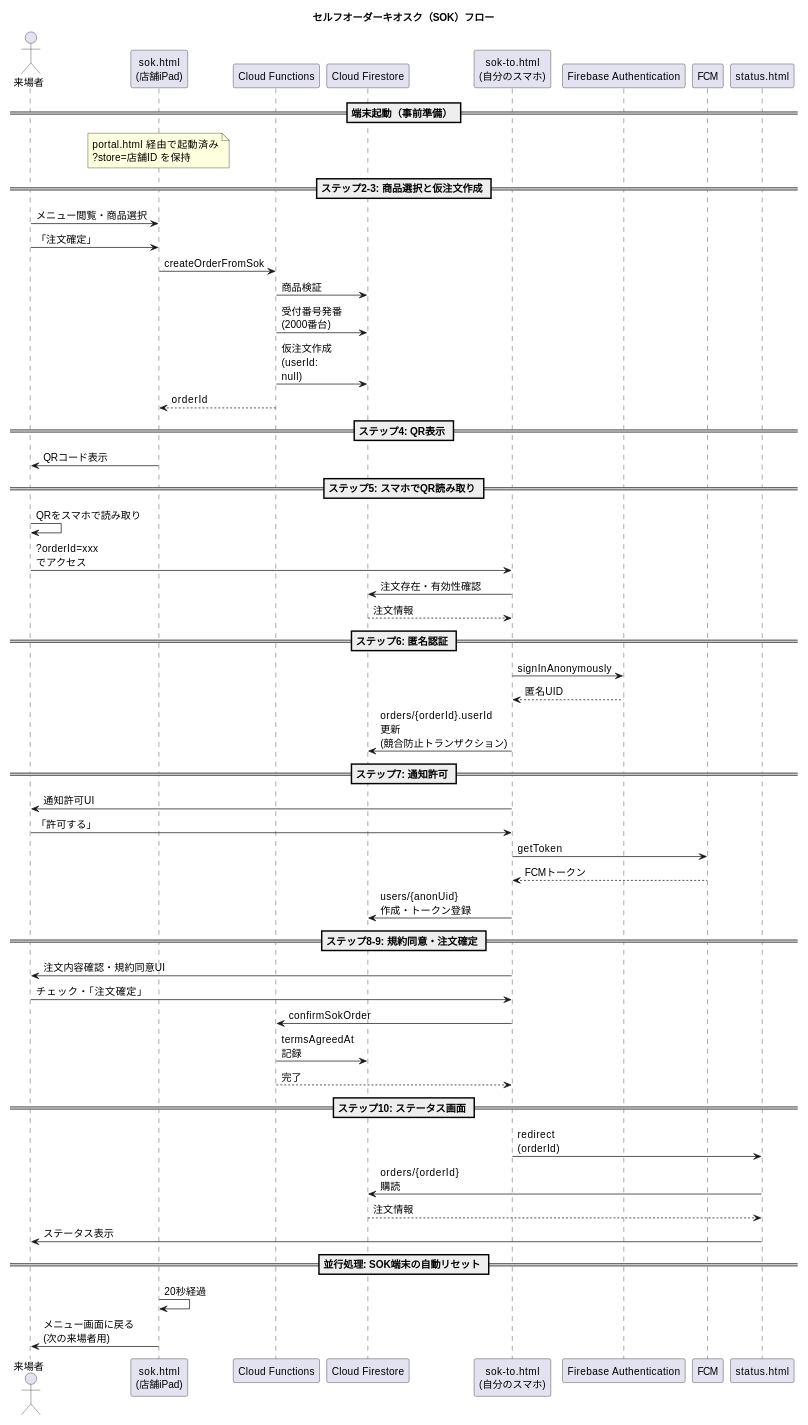
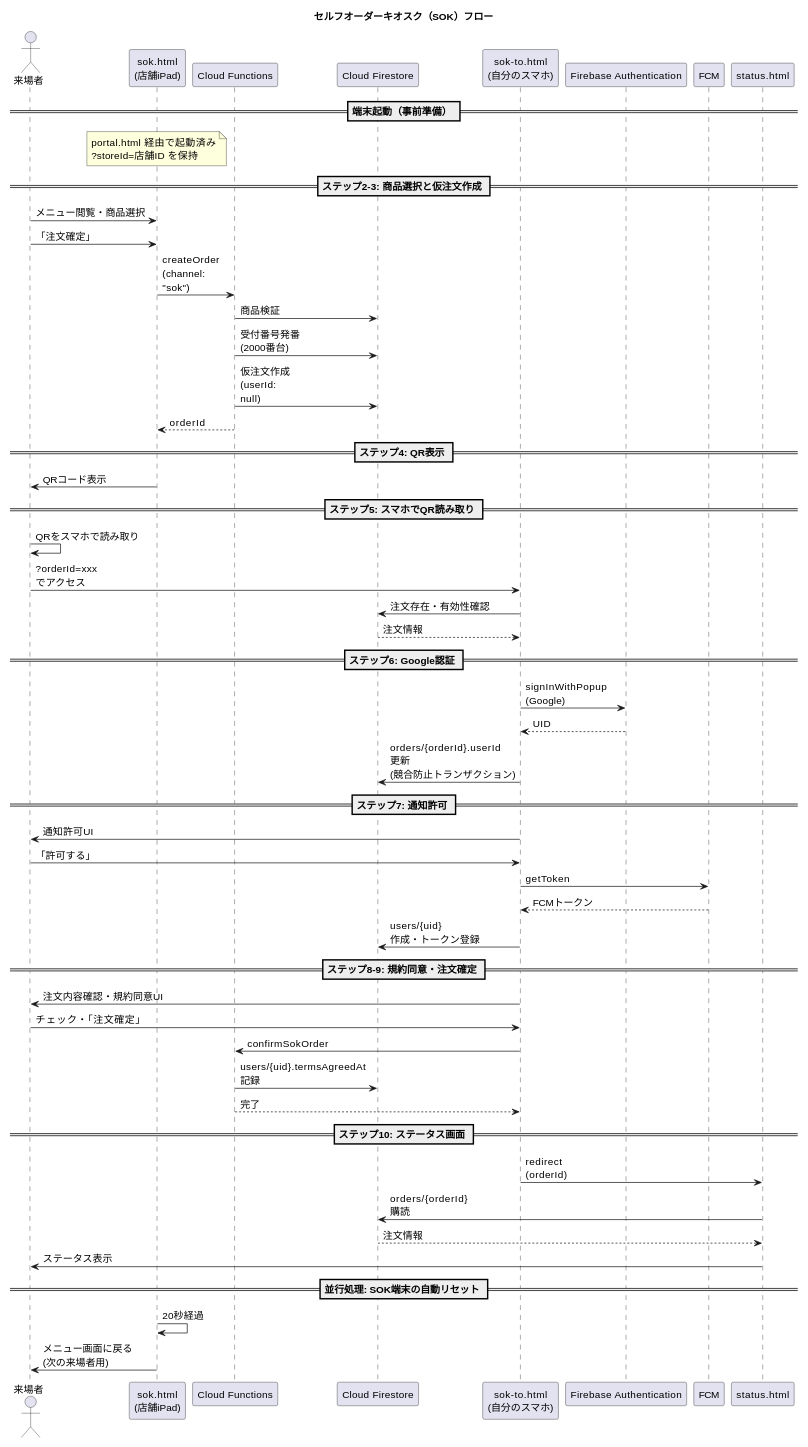
Before and after one commit to ynr-cs/nanryosai2026: the second of 3 diagrams in 設計図/sandbox/第6章.md, drawn with PlantUML. The commit also changed other lines of this file and 2 other files, not shown here.

````diff
--- a/設計図/sandbox/第6章.md
+++ b/設計図/sandbox/第6章.md
@@ -539,69 +534,69 @@
 ```plantuml
 @startuml sok_flow
 title セルフオーダーキオスク（SOK）フロー
 
 scale 800 width
 skinparam defaultFontSize 14
 skinparam maxMessageSize 80
 
 actor 来場者 as Visitor
 participant "sok.html\n(店舗iPad)" as SOK
 participant "Cloud Functions" as Functions
 participant "Cloud Firestore" as Firestore
 participant "sok-to.html\n(自分のスマホ)" as SOKTo
 participant "Firebase Authentication" as Auth
 participant "FCM" as FCM
 participant "status.html" as Status
 
 == 端末起動（事前準備） ==
-note over SOK: portal.html 経由で起動済み\n?store=店舗ID を保持
+note over SOK: portal.html 経由で起動済み\n?storeId=店舗ID を保持
 
 == ステップ2-3: 商品選択と仮注文作成 ==
 Visitor -> SOK: メニュー閲覧・商品選択
 Visitor -> SOK: 「注文確定」
-SOK -> Functions: createOrderFromSok
+SOK -> Functions: createOrder (channel: "sok")
 Functions -> Firestore: 商品検証
 Functions -> Firestore: 受付番号発番 (2000番台)
 Functions -> Firestore: 仮注文作成 (userId: null)
 Functions --> SOK: orderId
 
 == ステップ4: QR表示 ==
 SOK -> Visitor: QRコード表示
 
 == ステップ5: スマホでQR読み取り ==
 Visitor -> Visitor: QRをスマホで読み取り
 Visitor -> SOKTo: ?orderId=xxx でアクセス
 SOKTo -> Firestore: 注文存在・有効性確認
 Firestore --> SOKTo: 注文情報
 
-== ステップ6: 匿名認証 ==
-SOKTo -> Auth: signInAnonymously
-Auth --> SOKTo: 匿名UID
+== ステップ6: Google認証 ==
+SOKTo -> Auth: signInWithPopup (Google)
+Auth --> SOKTo: UID
 SOKTo -> Firestore: orders/{orderId}.userId 更新\n(競合防止トランザクション)
 
 == ステップ7: 通知許可 ==
 SOKTo -> Visitor: 通知許可UI
 Visitor -> SOKTo: 「許可する」
 SOKTo -> FCM: getToken
 FCM --> SOKTo: FCMトークン
-SOKTo -> Firestore: users/{anonUid} 作成・トークン登録
+SOKTo -> Firestore: users/{uid} 作成・トークン登録
 
 == ステップ8-9: 規約同意・注文確定 ==
 SOKTo -> Visitor: 注文内容確認・規約同意UI
 Visitor -> SOKTo: チェック・「注文確定」
 SOKTo -> Functions: confirmSokOrder
-Functions -> Firestore: termsAgreedAt 記録
+Functions -> Firestore: users/{uid}.termsAgreedAt 記録
 Functions --> SOKTo: 完了
 
 == ステップ10: ステータス画面 ==
 SOKTo -> Status: redirect (orderId)
 Status -> Firestore: orders/{orderId} 購読
 Firestore --> Status: 注文情報
 Status -> Visitor: ステータス表示
 
 == 並行処理: SOK端末の自動リセット ==
 SOK -> SOK: 20秒経過
 SOK -> Visitor: メニュー画面に戻る\n(次の来場者用)
 
 @enduml
 ```
````
